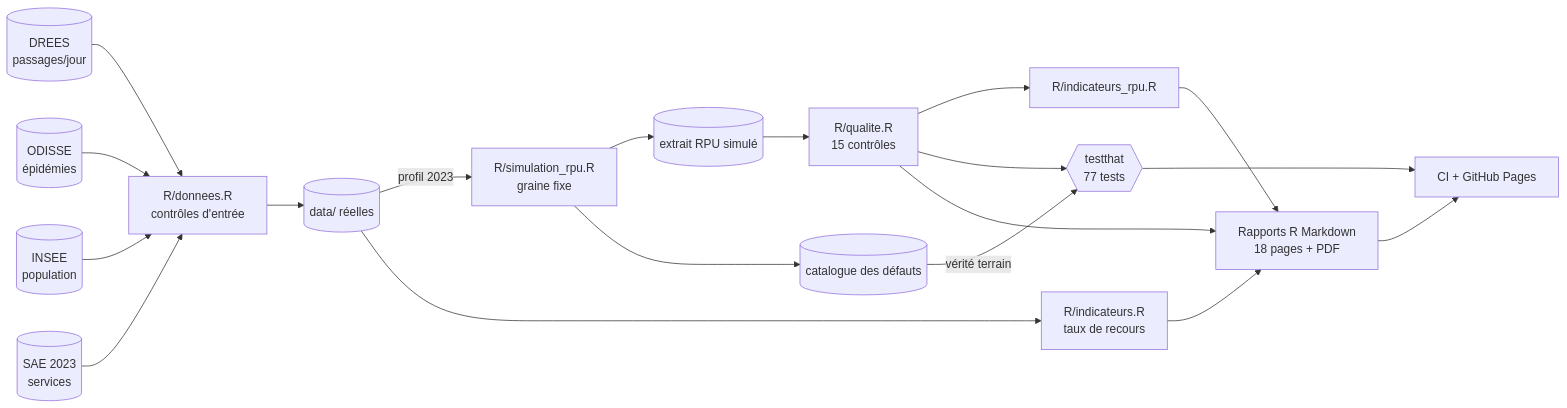
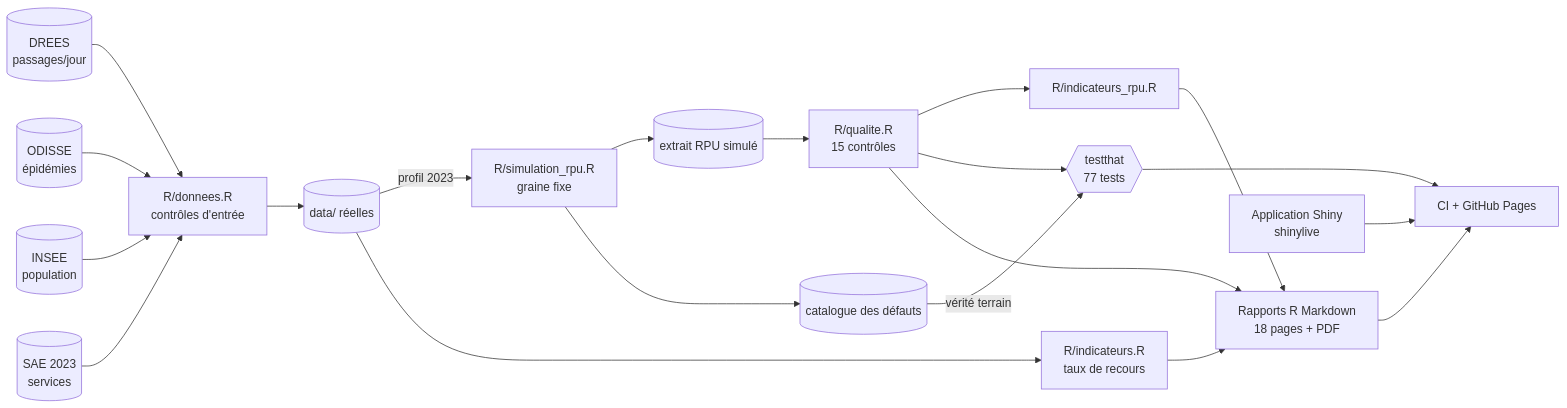
Before and after one commit to valentinratigniet-byte/projet-23-urgences-hdf-r: the diagram in README.md, drawn with Mermaid. The commit also changed other lines of this file and 14 other files, not shown here.

First line of the commit message:
Application Shiny (shinylive) : explorateur départements, SAE, qualité RPU

````diff
--- a/README.md
+++ b/README.md
@@ -88,21 +89,22 @@
 ```mermaid
 flowchart LR
     DREES[("DREES<br/>passages/jour")] --> DON["R/donnees.R<br/>contrôles d'entrée"]
     ODISSE[("ODISSE<br/>épidémies")] --> DON
     DON --> REEL[("data/ réelles")]
     REEL -- profil 2023 --> SIM["R/simulation_rpu.R<br/>graine fixe"]
     SIM --> RPU[("extrait RPU simulé")]
     SIM --> CAT[("catalogue des défauts")]
     INSEE[("INSEE<br/>population")] --> DON
     SAE[("SAE 2023<br/>services")] --> DON
     REEL --> IND["R/indicateurs.R<br/>taux de recours"]
     RPU --> QUA["R/qualite.R<br/>15 contrôles"]
     QUA --> IRPU["R/indicateurs_rpu.R"]
     QUA --> TST{{"testthat<br/>77 tests"}}
     CAT -- vérité terrain --> TST
     IND --> RAP["Rapports R Markdown<br/>18 pages + PDF"]
     QUA --> RAP
     IRPU --> RAP
     TST --> CI["CI + GitHub Pages"]
     RAP --> CI
+    APP["Application Shiny<br/>shinylive"] --> CI
 ```
````
